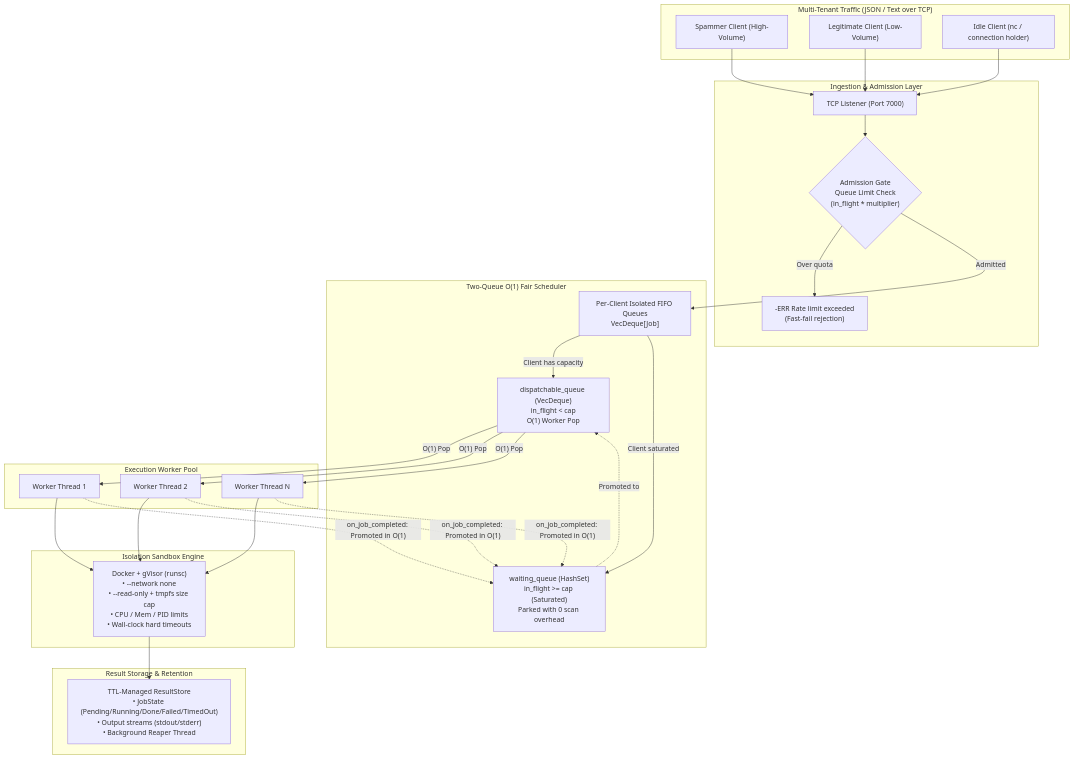
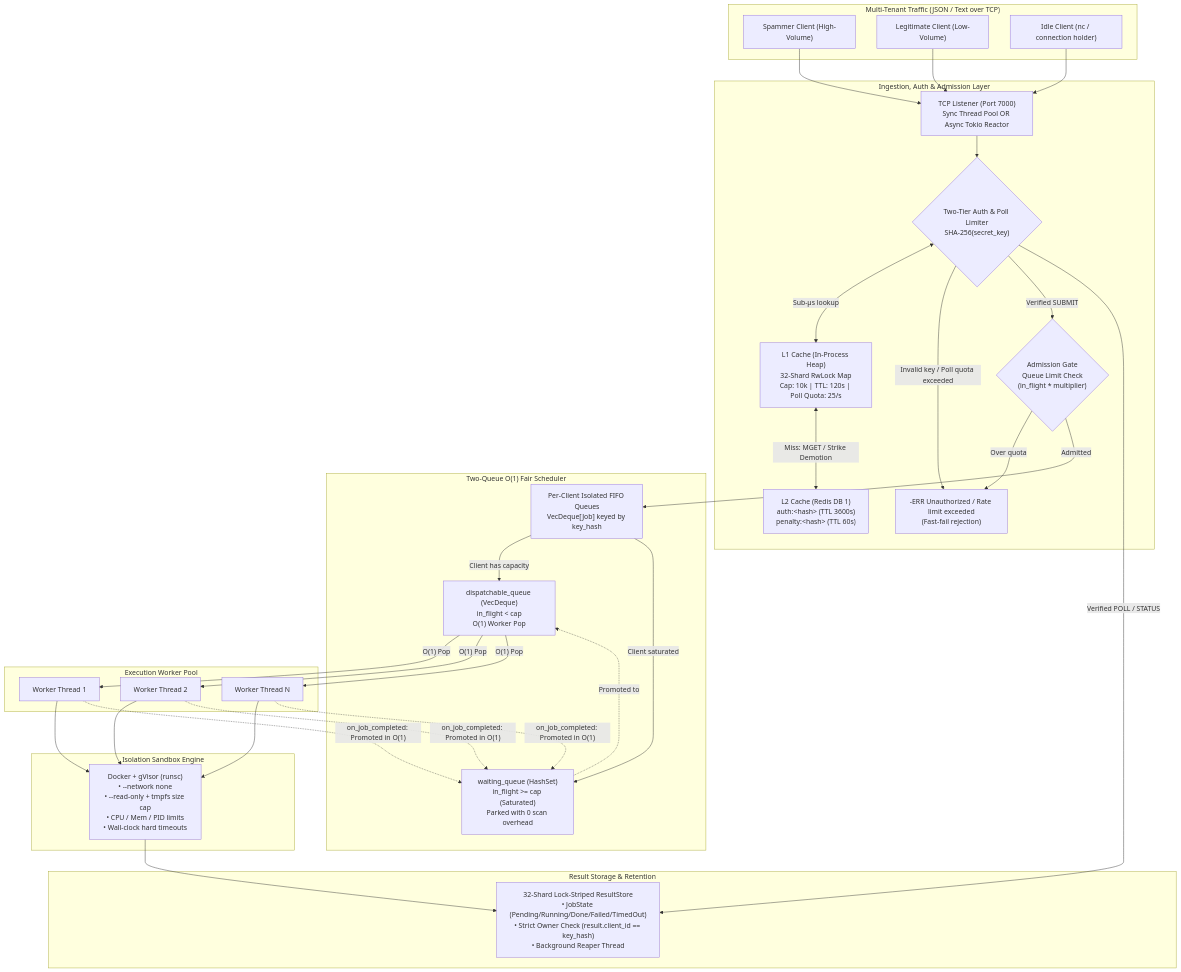
One commit to Chinmay-Mahajan/Distributed_Job_system_non_blocking changed the first of 2 diagrams in README.md. Above: the diagram before and after it, drawn with Mermaid. The commit also changed other lines of this file and 14 other files, not shown here.

````diff
--- a/README.md
+++ b/README.md
@@ -11,49 +11,57 @@
 ```mermaid
 flowchart TD
     subgraph Clients["Multi-Tenant Traffic (JSON / Text over TCP)"]
         C1["Spammer Client (High-Volume)"]
         C2["Legitimate Client (Low-Volume)"]
         C3["Idle Client (nc / connection holder)"]
     end
 
-    subgraph Ingress["Ingestion & Admission Layer"]
-        TCP["TCP Listener (Port 7000)"]
+    subgraph Ingress["Ingestion, Auth & Admission Layer"]
+        TCP["TCP Listener (Port 7000)<br/>Sync Thread Pool OR Async Tokio Reactor"]
+        Auth{"Two-Tier Auth & Poll Limiter<br/>SHA-256(secret_key)"}
+        L1["L1 Cache (In-Process Heap)<br/>32-Shard RwLock Map<br/>Cap: 10k | TTL: 120s | Poll Quota: 25/s"]
+        L2["L2 Cache (Redis DB 1)<br/>auth:&lt;hash&gt; (TTL 3600s)<br/>penalty:&lt;hash&gt; (TTL 60s)"]
         Gate{"Admission Gate<br/>Queue Limit Check<br/>(in_flight * multiplier)"}
-        Reject["-ERR Rate limit exceeded<br/>(Fast-fail rejection)"]
+        Reject["-ERR Unauthorized / Rate limit exceeded<br/>(Fast-fail rejection)"]
     end
 
     subgraph Scheduler["Two-Queue O(1) Fair Scheduler"]
         DQ["dispatchable_queue (VecDeque)<br/>in_flight &lt; cap<br/>O(1) Worker Pop"]
         WQ["waiting_queue (HashSet)<br/>in_flight &gt;= cap (Saturated)<br/>Parked with 0 scan overhead"]
-        Queues["Per-Client Isolated FIFO Queues<br/>VecDeque[Job]"]
+        Queues["Per-Client Isolated FIFO Queues<br/>VecDeque[Job] keyed by key_hash"]
     end
 
     subgraph Workers["Execution Worker Pool"]
         W1["Worker Thread 1"]
         W2["Worker Thread 2"]
         WN["Worker Thread N"]
     end
 
     subgraph Sandboxes["Isolation Sandbox Engine"]
         SB["Docker + gVisor (runsc)<br/>• --network none<br/>• --read-only + tmpfs size cap<br/>• CPU / Mem / PID limits<br/>• Wall-clock hard timeouts"]
     end
 
     subgraph Storage["Result Storage & Retention"]
-        RS["TTL-Managed ResultStore<br/>• JobState (Pending/Running/Done/Failed/TimedOut)<br/>• Output streams (stdout/stderr)<br/>• Background Reaper Thread"]
+        RS["32-Shard Lock-Striped ResultStore<br/>• JobState (Pending/Running/Done/Failed/TimedOut)<br/>• Strict Owner Check (result.client_id == key_hash)<br/>• Background Reaper Thread"]
     end
 
     C1 & C2 & C3 --> TCP
-    TCP --> Gate
+    TCP --> Auth
+    Auth <-->|"Sub-µs lookup"| L1
+    L1 <-->|"Miss: MGET / Strike Demotion"| L2
+    Auth -->|"Invalid key / Poll quota exceeded"| Reject
+    Auth -->|"Verified SUBMIT"| Gate
+    Auth -->|"Verified POLL / STATUS"| RS
     Gate -->|"Over quota"| Reject
     Gate -->|"Admitted"| Queues
 
     Queues -->|"Client has capacity"| DQ
     Queues -->|"Client saturated"| WQ
 
     DQ -->|"O(1) Pop"| W1 & W2 & WN
     W1 & W2 & WN --> SB
     SB --> RS
 
     W1 & W2 & WN -.->|"on_job_completed: Promoted in O(1)"| WQ
     WQ -.->|"Promoted to"| DQ
 ```
````
